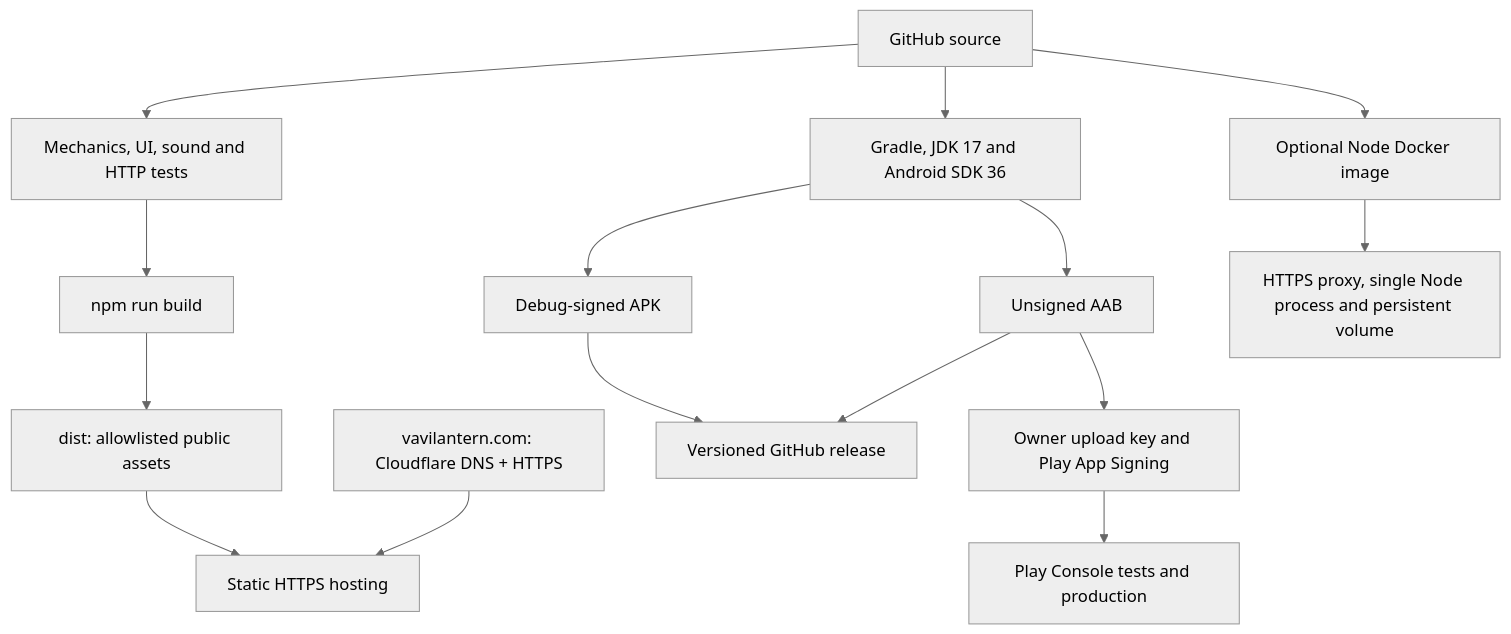
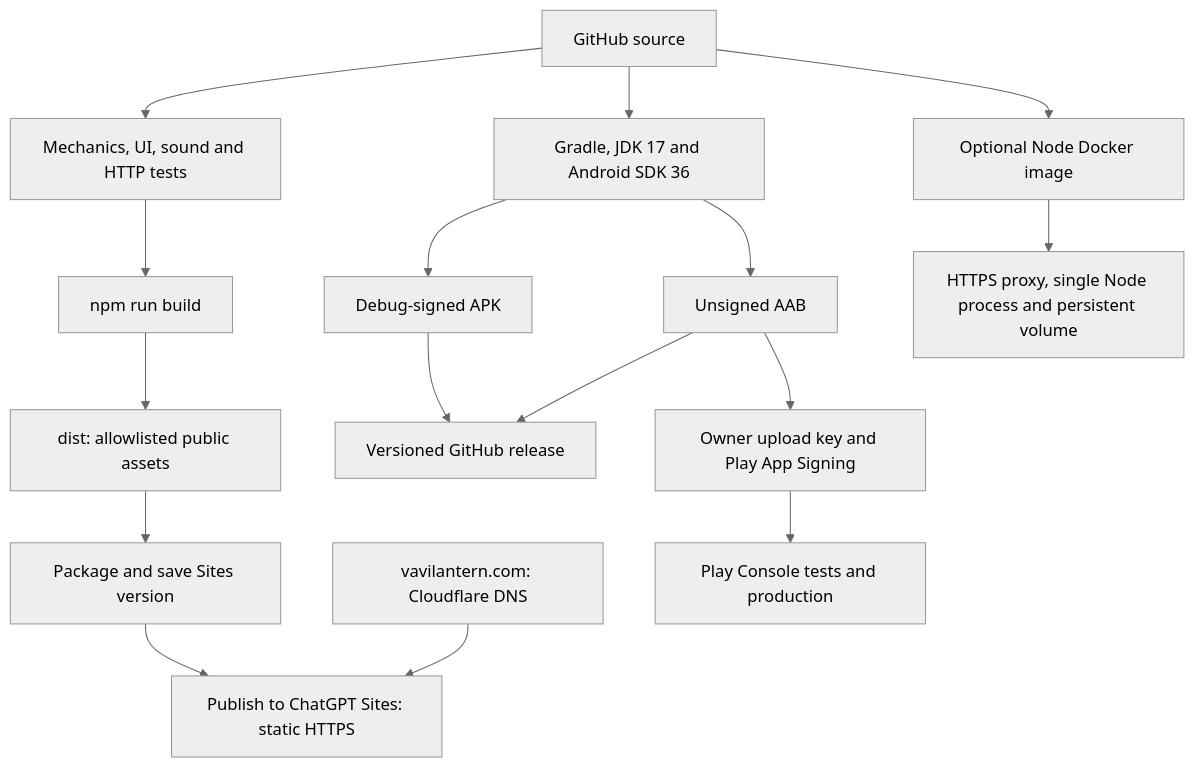
Before and after one commit to VaVi-Tech24/VaViLantern: the sixth of 6 diagrams in docs/ARCHITECTURE.md, drawn with Mermaid (neutral theme). The commit also changed other lines of this file and 7 other files, not shown here.

Commit message:
docs: explain Sites and Cloudflare hosting architecture and full stack

````diff
--- a/docs/ARCHITECTURE.md
+++ b/docs/ARCHITECTURE.md
@@ -124,17 +149,18 @@
 ```mermaid
 flowchart TB
   Source[GitHub source] --> Tests[Mechanics, UI, sound and HTTP tests]
   Tests --> WebBuild[npm run build]
   WebBuild --> Dist[dist: allowlisted public assets]
-  Dist --> Static[Static HTTPS hosting]
-  DNS[vavilantern.com: Cloudflare DNS + HTTPS] --> Static
+  Dist --> Saved[Package and save Sites version]
+  Saved --> Static[Publish to ChatGPT Sites: static HTTPS]
+  DNS[vavilantern.com: Cloudflare DNS] --> Static
   Source --> Gradle[Gradle, JDK 17 and Android SDK 36]
   Gradle --> APK[Debug-signed APK]
   Gradle --> AAB[Unsigned AAB]
   APK --> Releases[Versioned GitHub release]
   AAB --> Releases
   AAB --> Signing[Owner upload key and Play App Signing]
   Signing --> Play[Play Console tests and production]
   Source --> Docker[Optional Node Docker image]
   Docker --> Runtime[HTTPS proxy, single Node process and persistent volume]
 ```
````
